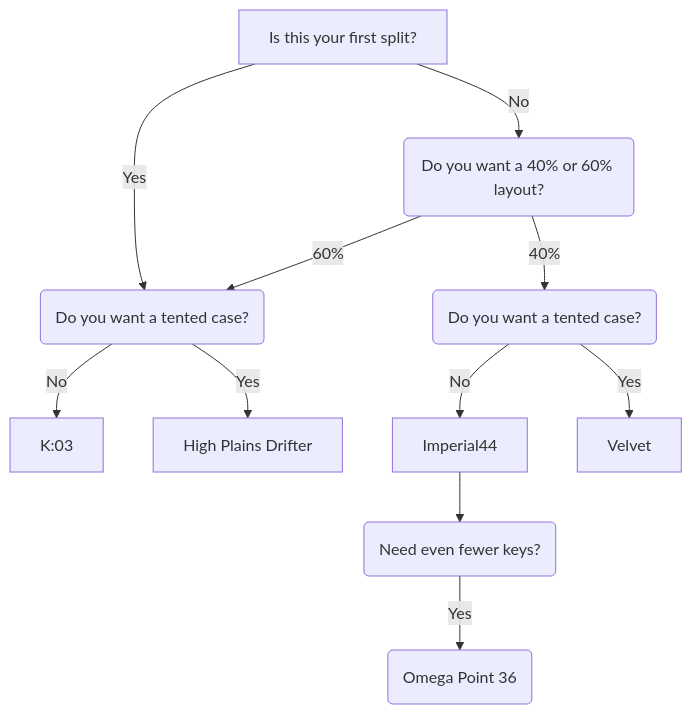
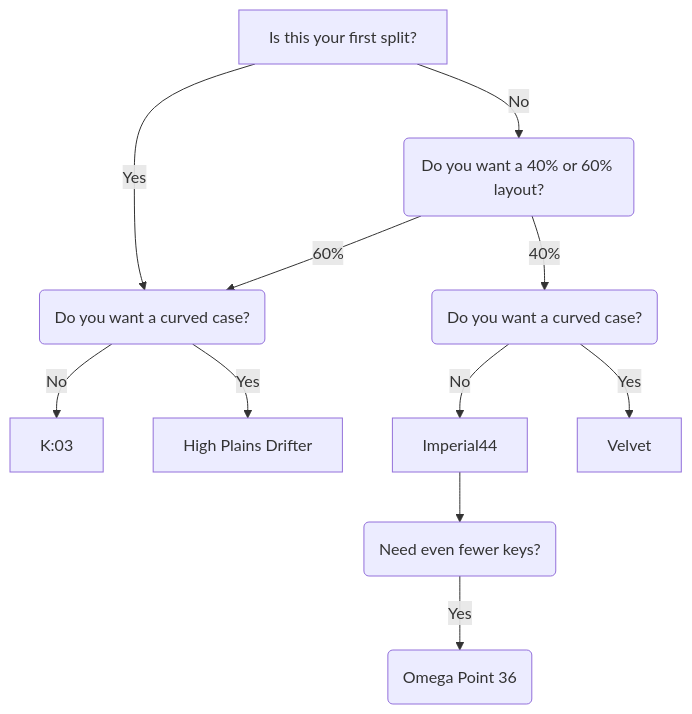
Before and after one commit to ergohaven/docs: the diagram in content/new.en.md, drawn with Mermaid.

Commit message:
Replace 'tented' with 'curved' in flowchart (new.en.md)

````diff
--- a/content/new.en.md
+++ b/content/new.en.md
@@ -173,24 +173,24 @@
 ```mermaid
 flowchart TD;
 
     First[Is this your first split?] -- Yes --> Q3
     First -- No --> Second
 
-    Second(Do you want a 40% or 60% layout?) -- 40% --> Q4(Do you want a tented case?)
-    Second -- 60% --> Q3(Do you want a tented case?)
+    Second(Do you want a 40% or 60% layout?) -- 40% --> Q4(Do you want a curved case?)
+    Second -- 60% --> Q3(Do you want a curved case?)
 
     Q3 -- No --> K03[K:03]
     Q3 -- Yes --> HPD[High Plains Drifter]
 
     Q4 -- No --> I44[Imperial44]
     Q4 -- Yes --> V[Velvet]
 
     I44 --> Q5(Need even fewer keys?)
     Q5 -- Yes --> OP36(Omega Point 36)
 
     click K03 "https://eh.works/k03" _blank
     click HPD "https://eh.works/hpd" _blank
     click I44 "https://eh.works/imperial44" _blank
     click V "https://eh.works/velvet" _blank
     click OP36 "https://eh.works/op36" _blank
 ```
````
